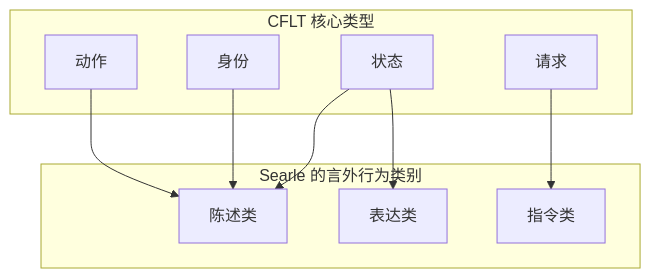
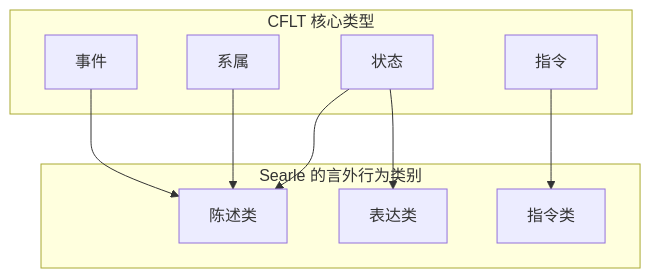
One commit to corefirst/cflt changed the second of 3 diagrams in docs/zh/foundations/logic.md. Above: the diagram before and after it, drawn with Mermaid. The commit also changed other lines of this file and 26 other files, not shown here.

````diff
--- a/docs/zh/foundations/logic.md
+++ b/docs/zh/foundations/logic.md
@@ -110,21 +110,21 @@
 ```mermaid
 graph TD
     subgraph "Searle 的言外行为类别"
     R[陈述类]
     D[指令类]
     E[表达类]
     end
     
     subgraph "CFLT 核心类型"
-    C1[动作]
-    C2[身份]
+    C1[事件]
+    C2[系属]
     C3[状态]
-    C4[请求]
+    C4[指令]
     end
     
     C1 --> R
     C2 --> R
     C3 --> R
     C3 --> E
     C4 --> D
 ```
````
